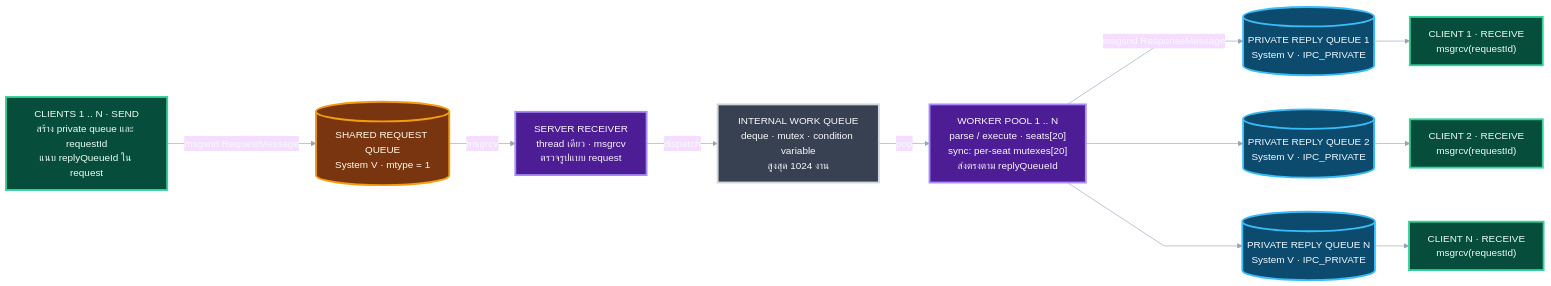
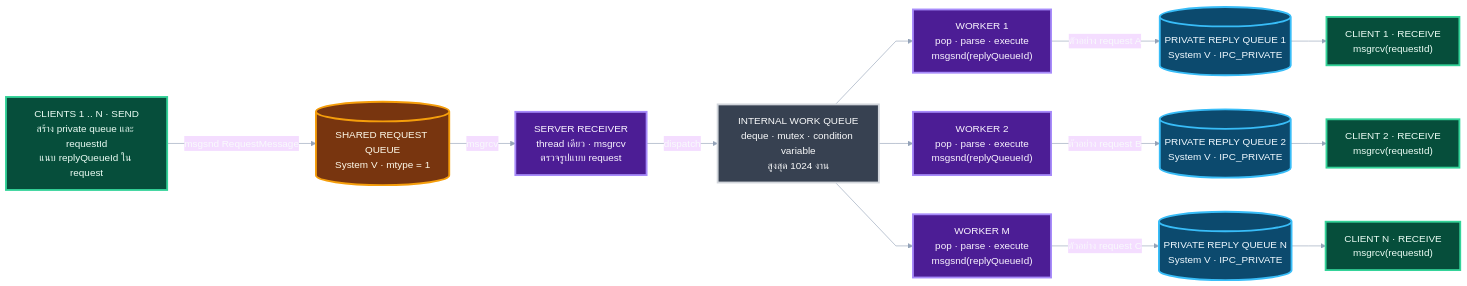
The diagram in docs/architecture.md (vixvify/airplane-booking), drawn with Mermaid before and after one commit. The commit also changed other lines of this file, not shown here.

Commit message:
refactor: update architecture diagram to clarify worker and queue interactions

````diff
--- a/docs/architecture.md
+++ b/docs/architecture.md
@@ -7,37 +7,41 @@
 ```mermaid
 %%{init: {"theme": "base", "flowchart": {"curve": "linear", "nodeSpacing": 55, "rankSpacing": 55}, "themeVariables": {"background": "#111827", "primaryTextColor": "#f8fafc", "lineColor": "#94a3b8", "fontFamily": "Arial"}}}%%
 flowchart LR
     SEND["CLIENTS 1 .. N · SEND<br/>สร้าง private queue และ requestId<br/>แนบ replyQueueId ใน request"]
     REQUEST[("SHARED REQUEST QUEUE<br/>System V · mtype = 1")]
     RECEIVER["SERVER RECEIVER<br/>thread เดียว · msgrcv<br/>ตรวจรูปแบบ request"]
     WORK_QUEUE["INTERNAL WORK QUEUE<br/>deque · mutex · condition variable<br/>สูงสุด 1024 งาน"]
-    WORKERS["WORKER POOL 1 .. N<br/>parse / execute · seats[20]<br/>sync: per-seat mutexes[20]<br/>ส่งตรงตาม replyQueueId"]
+    W1["WORKER 1<br/>pop · parse · execute<br/>msgsnd(replyQueueId)"]
+    W2["WORKER 2<br/>pop · parse · execute<br/>msgsnd(replyQueueId)"]
+    WM["WORKER M<br/>pop · parse · execute<br/>msgsnd(replyQueueId)"]
     Q1[("PRIVATE REPLY QUEUE 1<br/>System V · IPC_PRIVATE")]
     Q2[("PRIVATE REPLY QUEUE 2<br/>System V · IPC_PRIVATE")]
     QN[("PRIVATE REPLY QUEUE N<br/>System V · IPC_PRIVATE")]
     C1["CLIENT 1 · RECEIVE<br/>msgrcv(requestId)"]
     C2["CLIENT 2 · RECEIVE<br/>msgrcv(requestId)"]
     CN["CLIENT N · RECEIVE<br/>msgrcv(requestId)"]
 
     SEND -->|"msgsnd RequestMessage"| REQUEST
     REQUEST -->|msgrcv| RECEIVER
     RECEIVER -->|dispatch| WORK_QUEUE
-    WORK_QUEUE -->|pop| WORKERS
-    WORKERS -->|"msgsnd ResponseMessage"| Q1
-    WORKERS --> Q2
-    WORKERS --> QN
+    WORK_QUEUE --> W1
+    WORK_QUEUE --> W2
+    WORK_QUEUE --> WM
+    W1 -->|"ตัวอย่าง request A"| Q1
+    W2 -->|"ตัวอย่าง request B"| Q2
+    WM -->|"ตัวอย่าง request C"| QN
     Q1 --> C1
     Q2 --> C2
     QN --> CN
 
     classDef server fill:#4c1d95,stroke:#a78bfa,color:#faf5ff,stroke-width:3px
     classDef request fill:#78350f,stroke:#f59e0b,color:#fffbeb,stroke-width:3px
     classDef internal fill:#374151,stroke:#d1d5db,color:#f9fafb,stroke-width:3px
     classDef reply fill:#0c4a6e,stroke:#38bdf8,color:#f0f9ff,stroke-width:3px
     classDef client fill:#064e3b,stroke:#34d399,color:#ecfdf5,stroke-width:3px
-    class RECEIVER,WORKERS server
+    class RECEIVER,W1,W2,WM server
     class REQUEST request
     class WORK_QUEUE internal
     class Q1,Q2,QN reply
     class SEND,C1,C2,CN client
 ```
````
